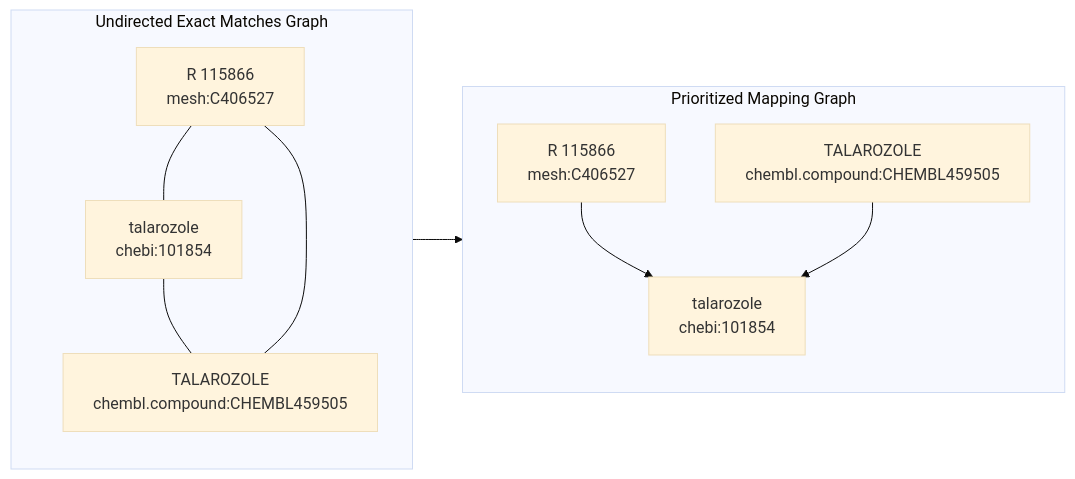
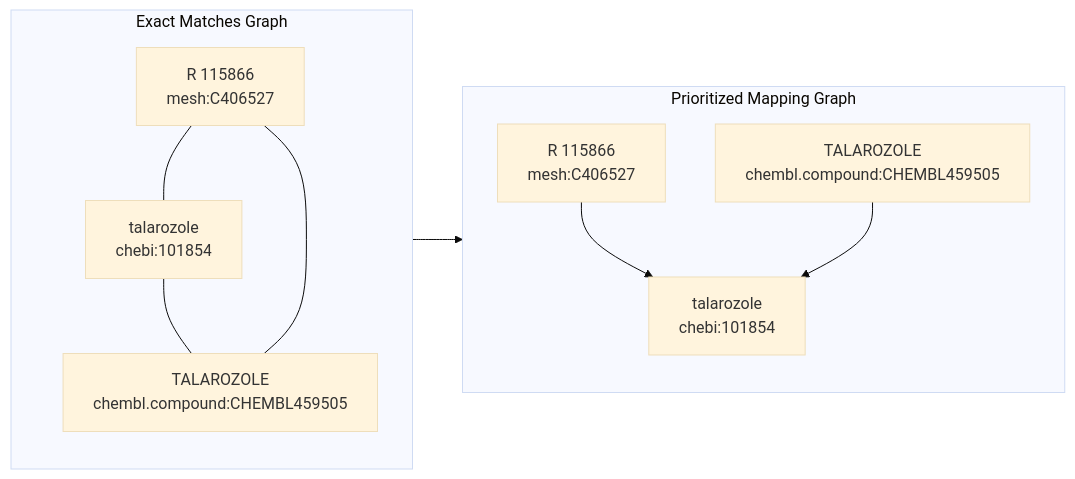
One commit to biopragmatics/semra changed the fifth of 5 diagrams in README.md. Above: the diagram before and after it, drawn with Mermaid (base theme). The commit also changed other lines of this file and 1 other file, not shown here.

Commit message:
Clean up

````diff
--- a/README.md
+++ b/README.md
@@ -227,13 +227,13 @@
 ```mermaid
 graph LR
-    subgraph unprocessed [Undirected Exact Matches Graph]
+    subgraph unprocessed [Exact Matches Graph]
     A[R 115866<br/>mesh:C406527] --- B[talarozole<br/>chebi:101854]
     B --- C[TALAROZOLE<br/>chembl.compound:CHEMBL459505]
     A --- C
     end
     subgraph star [Prioritized Mapping Graph]
     D[R 115866<br/>mesh:C406527] --> E[talarozole<br/>chebi:101854]
     F[TALAROZOLE<br/>chembl.compound:CHEMBL459505] --> E
     end    
     unprocessed --> star
 ```
````
